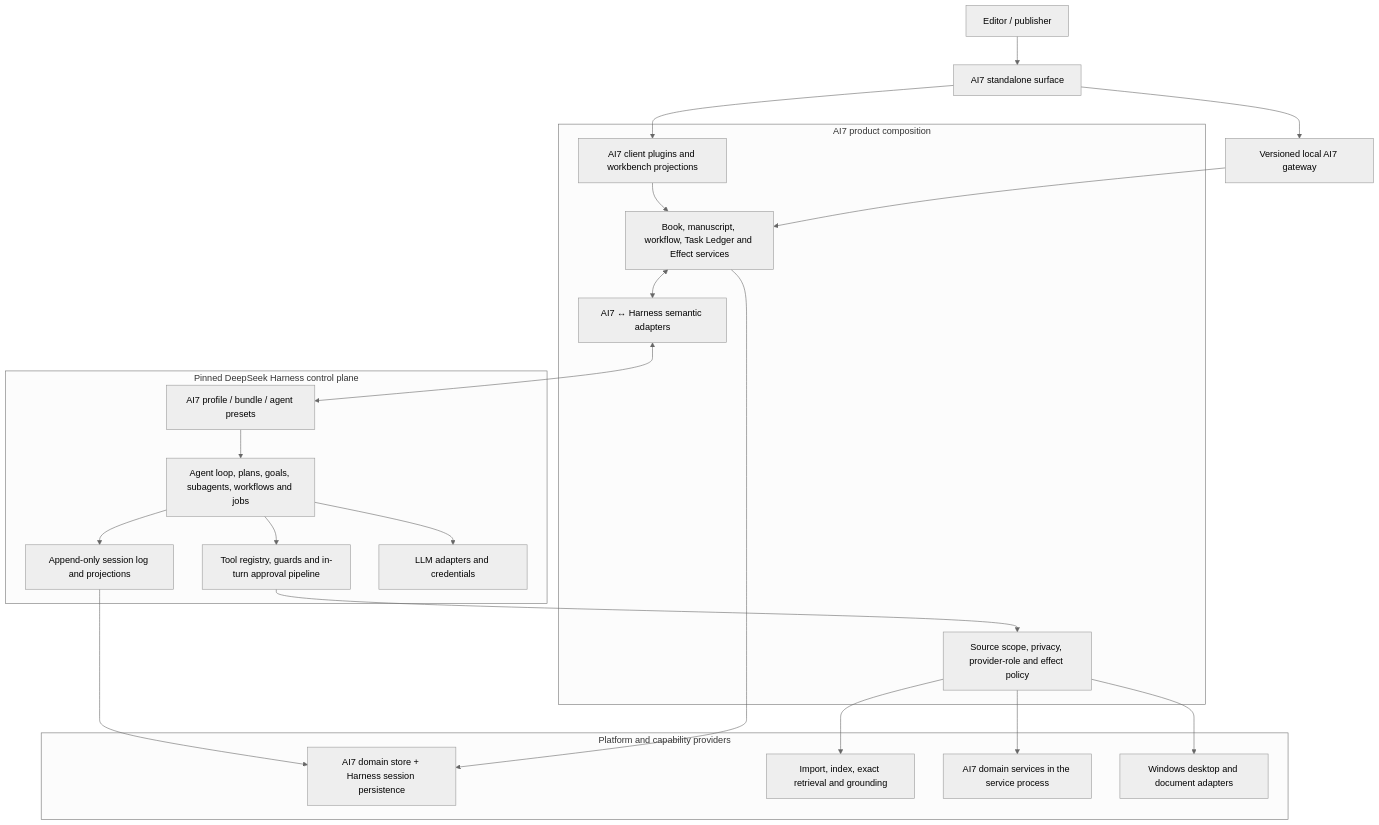
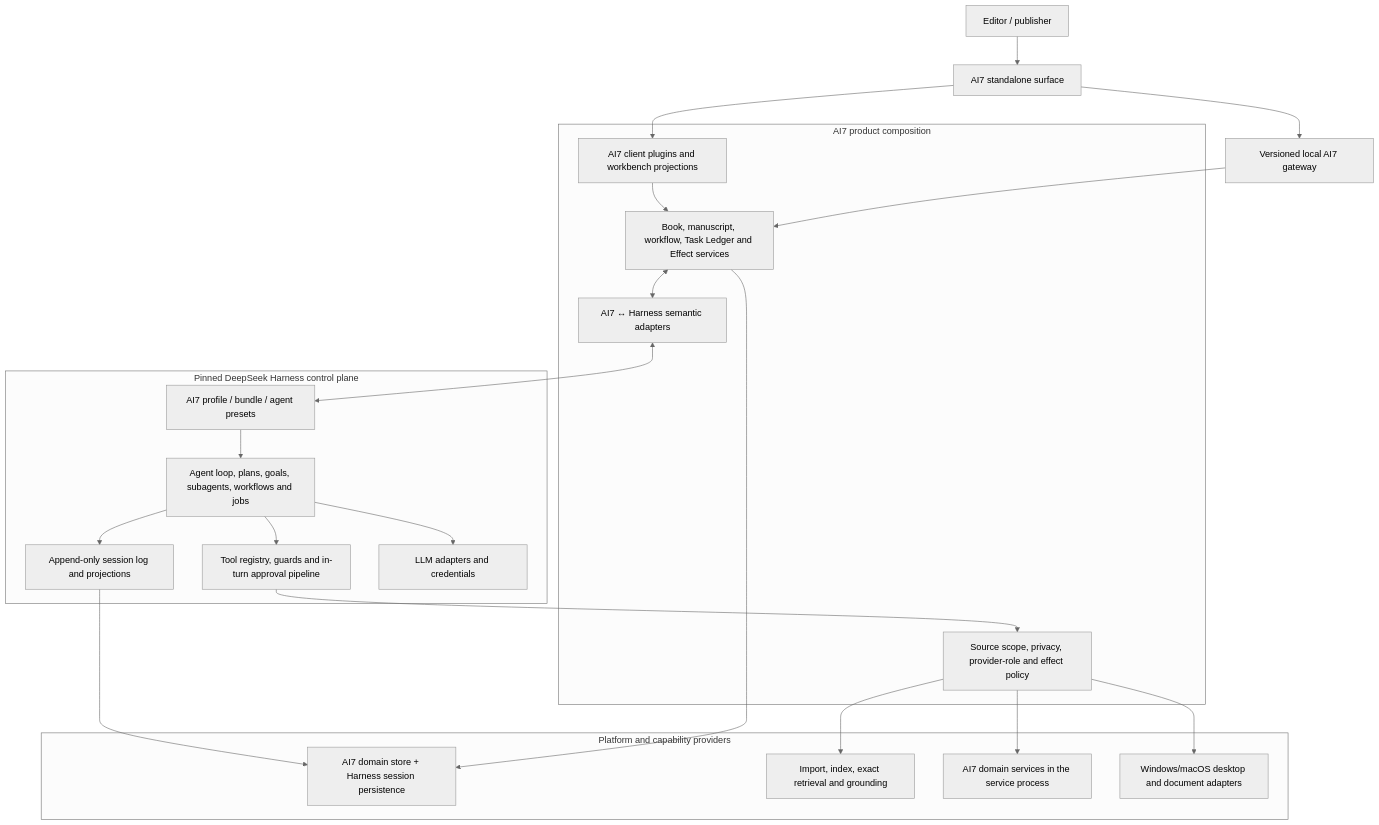
One commit to zhouy1017/ai7-harness changed the diagram in kick-in/02-target-architecture.md. Above: the diagram before and after it, drawn with Mermaid (neutral theme). The commit also changed other lines of this file and 106 other files, not shown here.

````diff
--- a/kick-in/02-target-architecture.md
+++ b/kick-in/02-target-architecture.md
@@ -46,46 +45,46 @@
 ```mermaid
 flowchart TB
     User["Editor / publisher"]
     Standalone["AI7 standalone surface"]
     Gateway["Versioned local AI7 gateway"]
 
     subgraph Product["AI7 product composition"]
         Client["AI7 client plugins and workbench projections"]
         Domain["Book, manuscript, workflow, Task Ledger and Effect services"]
         Policy["Source scope, privacy, provider-role and effect policy"]
         Adapters["AI7 ↔ Harness semantic adapters"]
     end
 
     subgraph Harness["Pinned DeepSeek Harness control plane"]
         Profile["AI7 profile / bundle / agent presets"]
         Agent["Agent loop, plans, goals, subagents, workflows and jobs"]
         Session["Append-only session log and projections"]
         Tools["Tool registry, guards and in-turn approval pipeline"]
         LLM["LLM adapters and credentials"]
     end
 
     subgraph Providers["Platform and capability providers"]
         Store["AI7 domain store + Harness session persistence"]
         Source["Import, index, exact retrieval and grounding"]
         Worker["AI7 domain services in the service process"]
-        Desktop["Windows desktop and document adapters"]
+        Desktop["Windows/macOS desktop and document adapters"]
     end
 
     User --> Standalone
     Standalone --> Client
     Standalone --> Gateway
     Gateway --> Domain
     Client --> Domain
     Domain <--> Adapters
     Adapters <--> Profile
     Profile --> Agent
     Agent --> Session
     Agent --> Tools
     Agent --> LLM
     Tools --> Policy
     Policy --> Source
     Policy --> Worker
     Policy --> Desktop
     Domain --> Store
     Session --> Store
 ```
````
